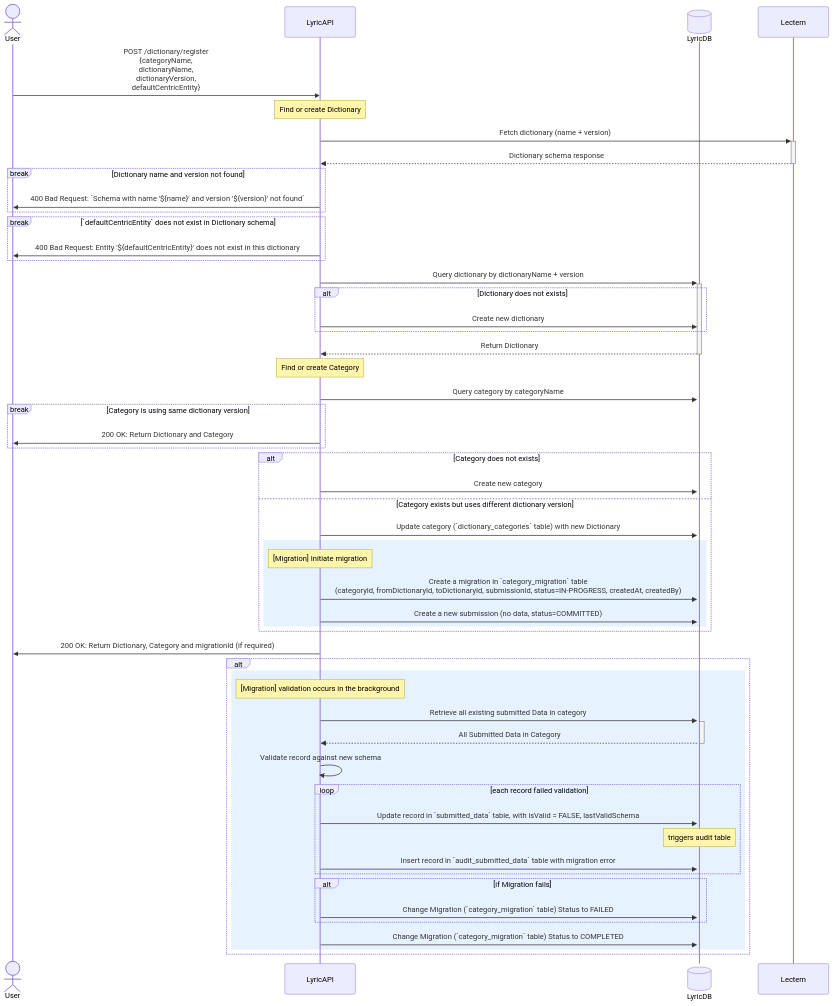
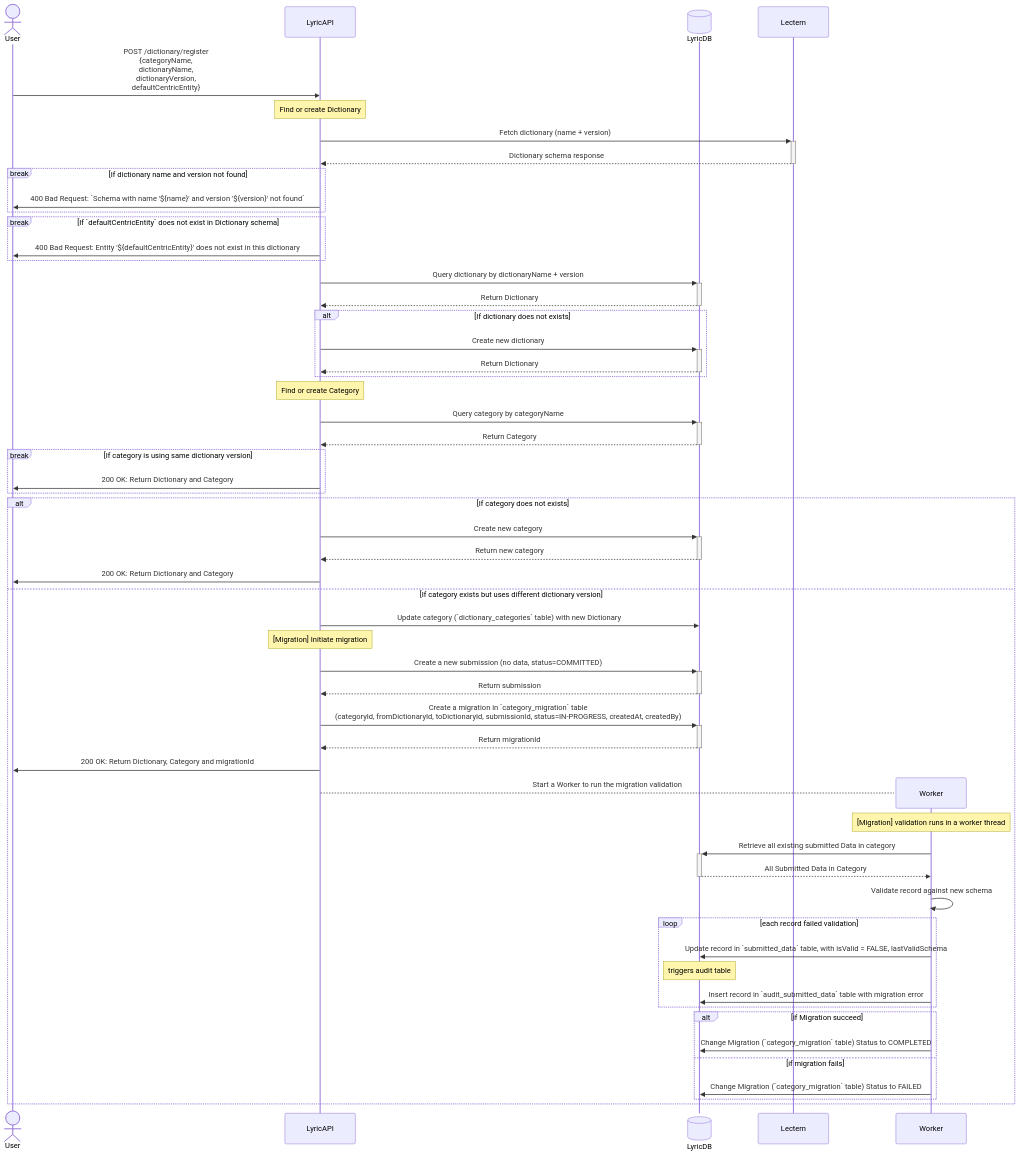
Before and after one commit to overture-stack/lyric: the diagram in packages/data-provider/docs/dictionary-registration.md, drawn with Mermaid. The commit also changed 1 other file, not shown here.

````diff
--- a/packages/data-provider/docs/dictionary-registration.md
+++ b/packages/data-provider/docs/dictionary-registration.md
@@ -36,64 +36,68 @@
 ```mermaid
 sequenceDiagram
     actor User
     participant LyricAPI
     participant LyricDB@{ "type" : "database" }
     participant Lectern
 
     User->>LyricAPI: POST /dictionary/register <br />{categoryName, <br />dictionaryName, <br />dictionaryVersion, <br />defaultCentricEntity}
     Note over LyricAPI: Find or create Dictionary
     LyricAPI->>+Lectern: Fetch dictionary (name + version)
     Lectern-->>-LyricAPI: Dictionary schema response
-    break Dictionary name and version not found
+    break If dictionary name and version not found
         LyricAPI->>User: 400 Bad Request: `Schema with name '${name}' and version '${version}' not found`
     end
-    break `defaultCentricEntity` does not exist in Dictionary schema
+    break If `defaultCentricEntity` does not exist in Dictionary schema
         LyricAPI->>User: 400 Bad Request: Entity '${defaultCentricEntity}' does not exist in this dictionary
     end
     LyricAPI->>+LyricDB: Query dictionary by dictionaryName + version
-    alt Dictionary does not exists
-        LyricAPI->>LyricDB: Create new dictionary
+    LyricDB-->>-LyricAPI: Return Dictionary
+    alt If dictionary does not exists
+        LyricAPI->>+LyricDB: Create new dictionary
+        LyricDB-->>-LyricAPI: Return Dictionary
     end
-    LyricDB-->>-LyricAPI: Return Dictionary
 
     Note over LyricAPI: Find or create Category
     LyricAPI->>+LyricDB: Query category by categoryName
-    break Category is using same dictionary version
+    LyricDB-->>-LyricAPI: Return Category
+    break If category is using same dictionary version
         %% Nothing to do here
         LyricAPI->>User: 200 OK: Return Dictionary and Category
     end
 
-    alt Category does not exists
-        LyricAPI->>LyricDB: Create new category
-    else Category exists but uses different dictionary version
+    alt If category does not exists
+        LyricAPI->>+LyricDB: Create new category
+        LyricDB-->>-LyricAPI: Return new category
+
+        LyricAPI->>User: 200 OK: Return Dictionary and Category
+    else If category exists but uses different dictionary version
         LyricAPI->>LyricDB: Update category (`dictionary_categories` table) with new Dictionary
 
-        rect rgb(230, 242, 255)
-            note over LyricAPI: [Migration] Initiate migration
-            LyricAPI->>LyricDB: Create a migration in `category_migration` table<br />(categoryId, fromDictionaryId, toDictionaryId, submissionId, status=IN-PROGRESS, createdAt, createdBy)
-            LyricAPI->>LyricDB: Create a new submission (no data, status=COMMITTED)
+        note over LyricAPI: [Migration] Initiate migration
+        LyricAPI->>+LyricDB: Create a new submission (no data, status=COMMITTED)
+        LyricDB-->>-LyricAPI: Return submission
+        LyricAPI->>+LyricDB: Create a migration in `category_migration` table<br />(categoryId, fromDictionaryId, toDictionaryId, submissionId, status=IN-PROGRESS, createdAt, createdBy)
+        LyricDB-->>-LyricAPI: Return migrationId
+
+        LyricAPI->>User: 200 OK: Return Dictionary, Category and migrationId
+
+        create participant Worker
+        LyricAPI-->Worker: Start a Worker to run the migration validation
+        note over Worker: [Migration] validation runs in a worker thread
+        Worker->>+LyricDB: Retrieve all existing submitted Data in category
+        LyricDB-->>-Worker: All Submitted Data in Category
+        Worker->>Worker: Validate record against new schema
+
+        loop each record failed validation
+            Worker->>LyricDB: Update record in `submitted_data` table, with isValid = FALSE, lastValidSchema
+            note over LyricDB: triggers audit table
+            Worker->>LyricDB: Insert record in `audit_submitted_data` table with migration error
         end
-    end
 
-    LyricAPI->>User: 200 OK: Return Dictionary, Category and migrationId (if required)
-    alt
-        rect rgb(230, 242, 255)
-            note over LyricAPI: [Migration] validation occurs in the brackground
-            LyricAPI->>+LyricDB: Retrieve all existing submitted Data in category
-            LyricDB-->>-LyricAPI: All Submitted Data in Category
-            LyricAPI->>LyricAPI: Validate record against new schema
-
-            loop each record failed validation
-                LyricAPI->>LyricDB: Update record in `submitted_data` table, with isValid = FALSE, lastValidSchema
-                note over LyricDB: triggers audit table
-                LyricAPI->>LyricDB: Insert record in `audit_submitted_data` table with migration error
-            end
-
-            alt if Migration fails
-                LyricAPI->>LyricDB: Change Migration (`category_migration` table) Status to FAILED
-            end
-
-            LyricAPI->>LyricDB: Change Migration (`category_migration` table) Status to COMPLETED
+        alt if Migration succeed
+            Worker->>LyricDB: Change Migration (`category_migration` table) Status to COMPLETED
+        else if migration fails
+            Worker->>LyricDB: Change Migration (`category_migration` table) Status to FAILED
         end
     end
 ```
````
